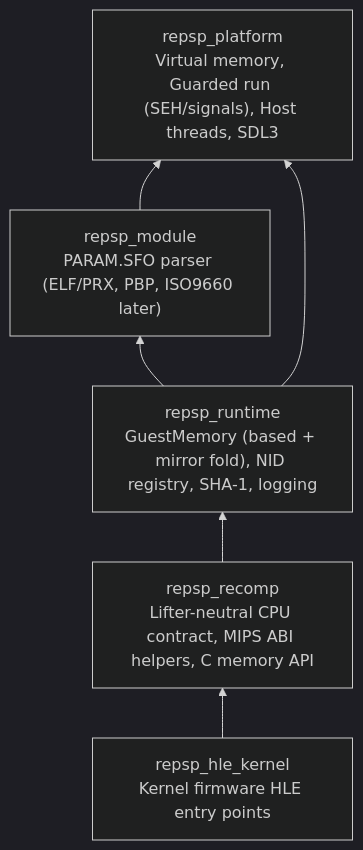
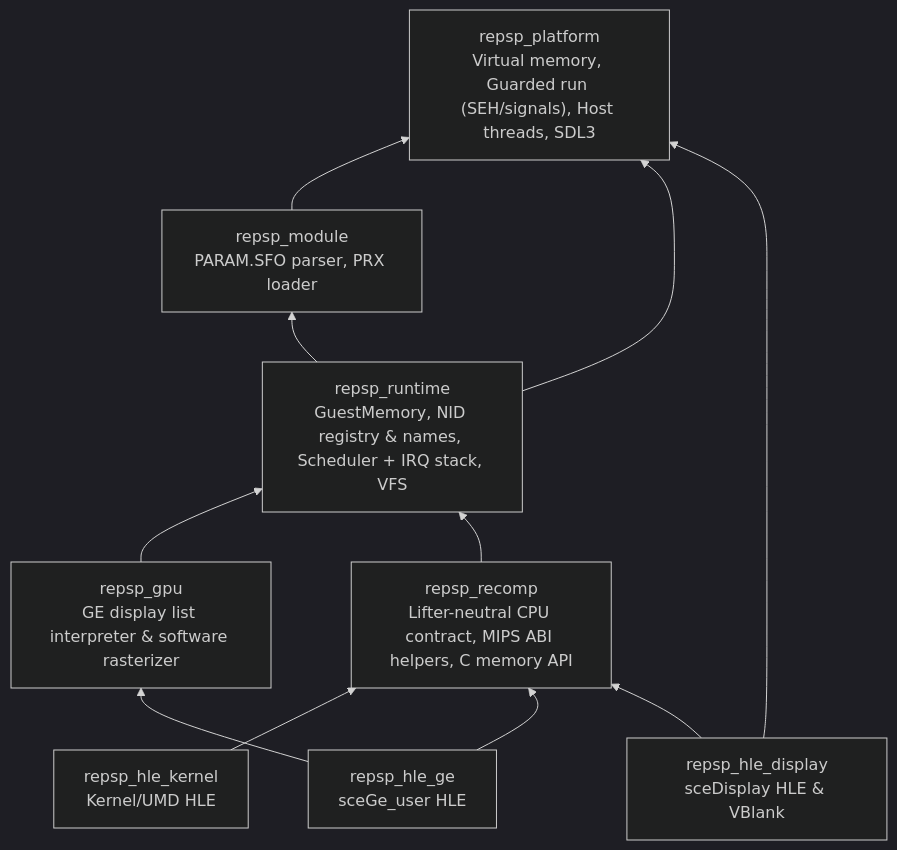
The diagram in ARCHITECTURE.md (reexec/repsp), drawn with Mermaid (dark theme) before and after one commit. The commit also changed other lines of this file and 41 other files, not shown here.

First line of the commit message:
v0.0.4: GE and display — display-list interpreter, software renderer, interrupts (#8)

````diff
--- a/ARCHITECTURE.md
+++ b/ARCHITECTURE.md
@@ -11,14 +11,22 @@
 ```mermaid
 flowchart BT
     PLAT["repsp_platform<br/>Virtual memory, Guarded run (SEH/signals), Host threads, SDL3"]
-    MOD["repsp_module<br/>PARAM.SFO parser (ELF/PRX, PBP, ISO9660 later)"]
-    RT["repsp_runtime<br/>GuestMemory (based + mirror fold), NID registry, SHA-1, logging"]
+    MOD["repsp_module<br/>PARAM.SFO parser, PRX loader"]
+    RT["repsp_runtime<br/>GuestMemory, NID registry & names, Scheduler + IRQ stack, VFS"]
+    GPU["repsp_gpu<br/>GE display list interpreter & software rasterizer"]
     REC["repsp_recomp<br/>Lifter-neutral CPU contract, MIPS ABI helpers, C memory API"]
-    HLE["repsp_hle_kernel<br/>Kernel firmware HLE entry points"]
+    HLEK["repsp_hle_kernel<br/>Kernel/UMD HLE"]
+    HLEG["repsp_hle_ge<br/>sceGe_user HLE"]
+    HLED["repsp_hle_display<br/>sceDisplay HLE & VBlank"]
 
     MOD --> PLAT
     RT --> MOD
     RT --> PLAT
+    GPU --> RT
     REC --> RT
-    HLE --> REC
+    HLEK --> REC
+    HLEG --> REC
+    HLEG --> GPU
+    HLED --> REC
+    HLED --> PLAT
 ```
````
